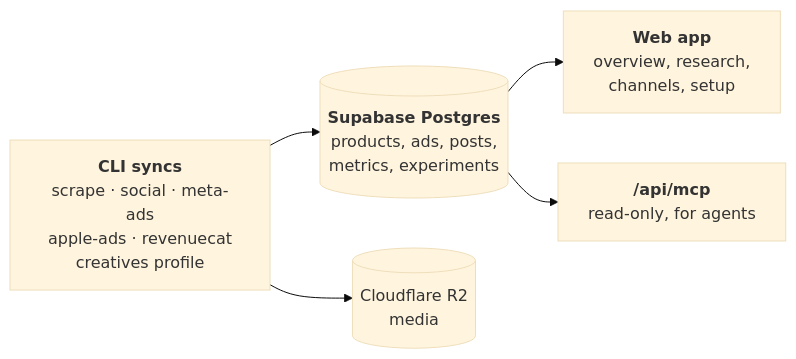
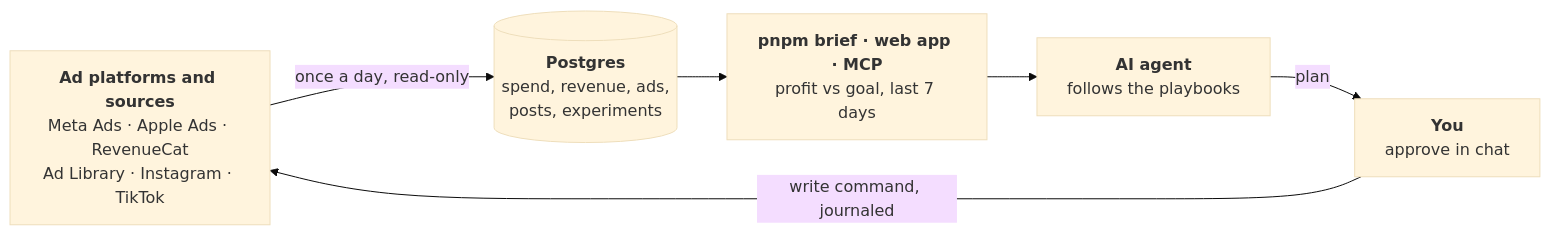
Before and after one commit to Andriy-Kulak/mad-factory: the first of 2 diagrams in README.md, drawn with Mermaid (base theme). The commit also changed other lines of this file, not shown here.

Commit message:
README: architecture and experiment loop diagrams up top

````diff
--- a/README.md
+++ b/README.md
@@ -77,12 +36,12 @@
 ```mermaid
 flowchart LR
-  cli["<b>CLI syncs</b><br/>scrape · social · meta-ads<br/>apple-ads · revenuecat<br/>creatives profile"]
-  db[("<b>Supabase Postgres</b><br/>products, ads, posts,<br/>metrics, experiments")]
-  r2[("Cloudflare R2<br/>media")]
-  web["<b>Web app</b><br/>overview, research,<br/>channels, setup"]
-  mcp["<b>/api/mcp</b><br/>read-only, for agents"]
-  cli --> db
-  cli --> r2
-  db --> web
-  db --> mcp
+  platforms["<b>Ad platforms and sources</b><br/>Meta Ads · Apple Ads · RevenueCat<br/>Ad Library · Instagram · TikTok"]
+  db[("<b>Postgres</b><br/>spend, revenue, ads,<br/>posts, experiments")]
+  read["<b>pnpm brief · web app · MCP</b><br/>profit vs goal, last 7 days"]
+  agent["<b>AI agent</b><br/>follows the playbooks"]
+  you["<b>You</b><br/>approve in chat"]
+  platforms -- "once a day, read-only" --> db
+  db --> read --> agent
+  agent -- "plan" --> you
+  you -- "write command, journaled" --> platforms
 ```
````
